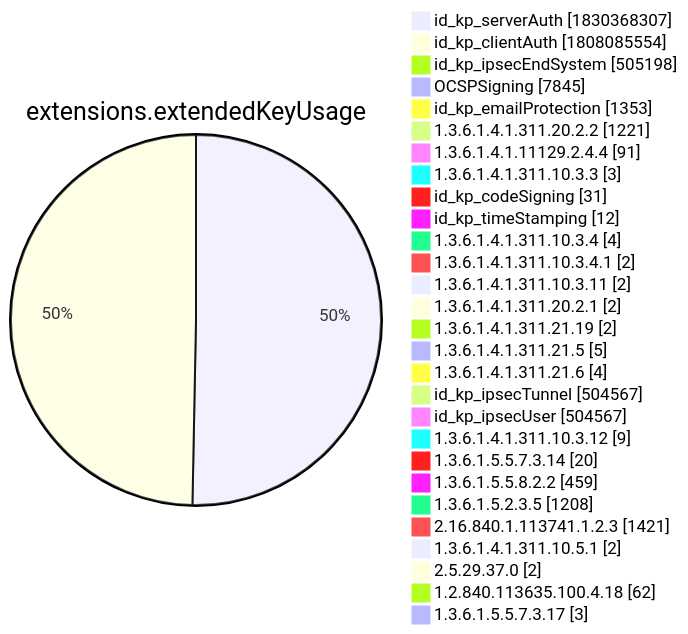
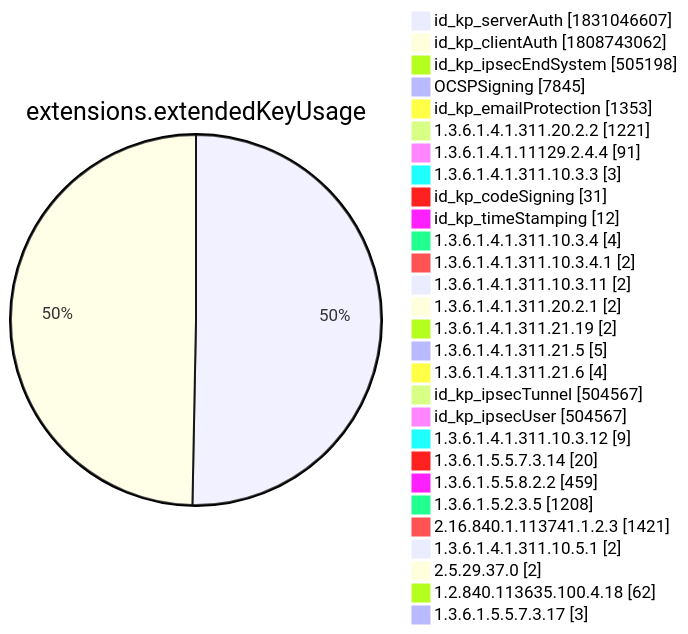
Before and after one commit to christiankrug/ctmonitor_visualization: diagram 12 of 15 in xenon2022/README.md, drawn with Mermaid. The commit also changed other lines of this file, not shown here.

````diff
--- a/xenon2022/README.md
+++ b/xenon2022/README.md
@@ -3896,32 +3896,32 @@
 ```mermaid
 pie showData
 title extensions.extendedKeyUsage
-"id_kp_serverAuth" :1830368307
-"id_kp_clientAuth" :1808085554
+"id_kp_serverAuth" :1831046607
+"id_kp_clientAuth" :1808743062
 "id_kp_ipsecEndSystem" :505198
 "OCSPSigning" :7845
 "id_kp_emailProtection" :1353
 "1.3.6.1.4.1.311.20.2.2" :1221
 "1.3.6.1.4.1.11129.2.4.4" :91
 "1.3.6.1.4.1.311.10.3.3" :3
 "id_kp_codeSigning" :31
 "id_kp_timeStamping" :12
 "1.3.6.1.4.1.311.10.3.4" :4
 "1.3.6.1.4.1.311.10.3.4.1" :2
 "1.3.6.1.4.1.311.10.3.11" :2
 "1.3.6.1.4.1.311.20.2.1" :2
 "1.3.6.1.4.1.311.21.19" :2
 "1.3.6.1.4.1.311.21.5" :5
 "1.3.6.1.4.1.311.21.6" :4
 "id_kp_ipsecTunnel" :504567
 "id_kp_ipsecUser" :504567
 "1.3.6.1.4.1.311.10.3.12" :9
 "1.3.6.1.5.5.7.3.14" :20
 "1.3.6.1.5.5.8.2.2" :459
 "1.3.6.1.5.2.3.5" :1208
 "2.16.840.1.113741.1.2.3" :1421
 "1.3.6.1.4.1.311.10.5.1" :2
 "2.5.29.37.0" :2
 "1.2.840.113635.100.4.18" :62
 "1.3.6.1.5.5.7.3.17" :3
 ```
````
